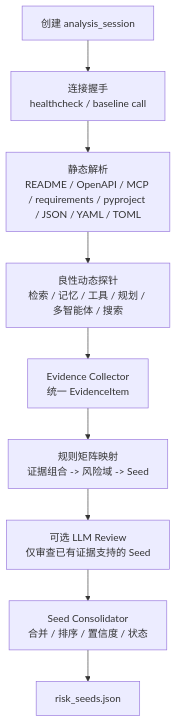
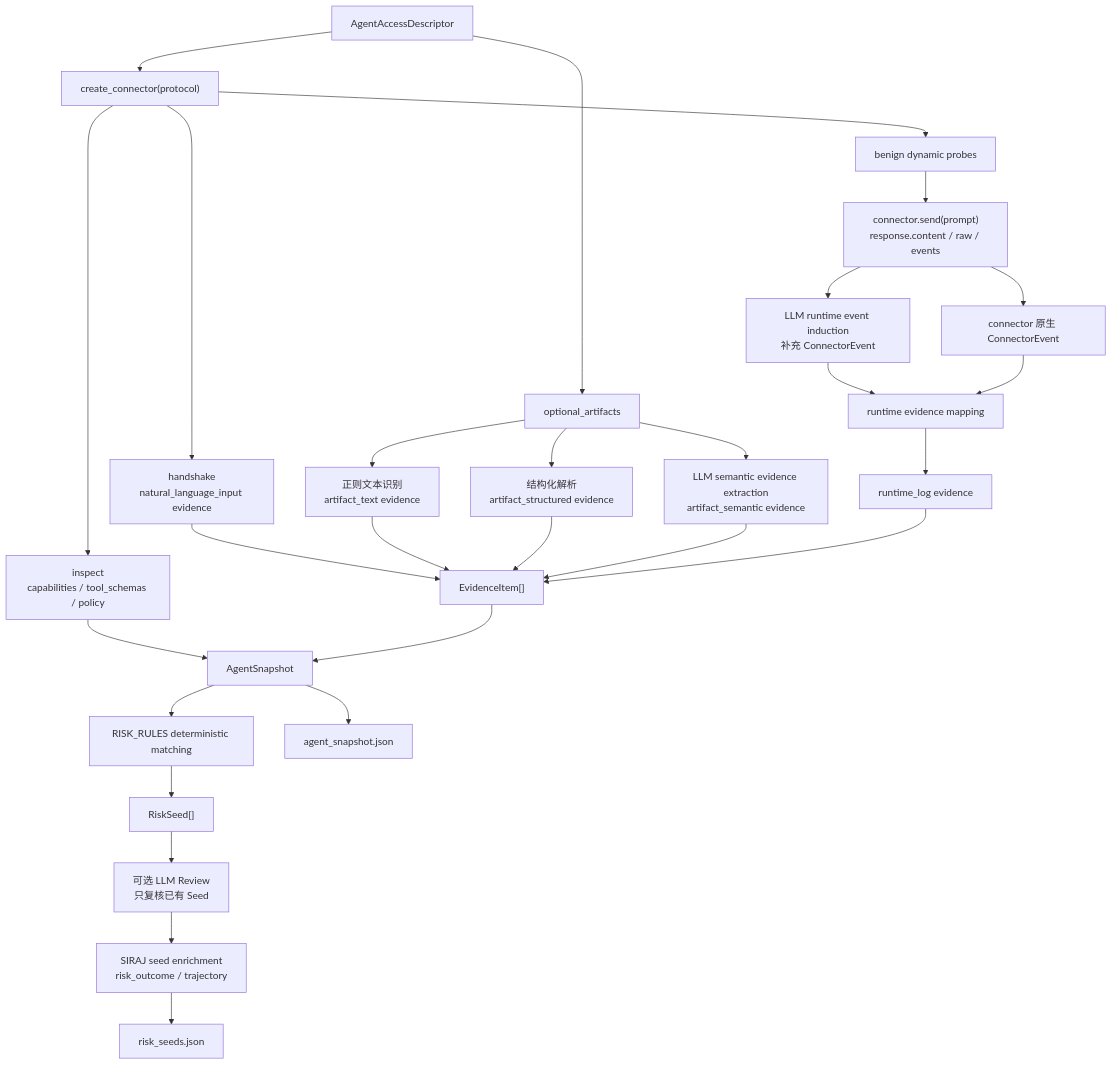
One commit to ThreeWater1037/AgentEVAL-Risk-Tools changed the second of 3 diagrams in README.md. Above: the diagram before and after it, drawn with Mermaid. The commit also changed other lines of this file and 19 other files, not shown here.

Commit message:
feat(siraj): default case flow and evidence prompts

````diff
--- a/README.md
+++ b/README.md
@@ -35,11 +36,30 @@
 ```mermaid
 flowchart TD
-    A["创建 analysis_session"] --> B["连接握手<br/>healthcheck / baseline call"]
-    B --> C["静态解析<br/>README / OpenAPI / MCP / requirements / pyproject / JSON / YAML / TOML"]
-    C --> D["良性动态探针<br/>检索 / 记忆 / 工具 / 规划 / 多智能体 / 搜索"]
-    D --> E["Evidence Collector<br/>统一 EvidenceItem"]
-    E --> F["规则矩阵映射<br/>证据组合 -> 风险域 -> Seed"]
-    F --> G["可选 LLM Review<br/>仅审查已有证据支持的 Seed"]
-    G --> H["Seed Consolidator<br/>合并 / 排序 / 置信度 / 状态"]
-    H --> I["risk_seeds.json"]
+    A["AgentAccessDescriptor"] --> B["create_connector(protocol)"]
+    B --> C["handshake<br/>natural_language_input evidence"]
+    B --> D["inspect<br/>capabilities / tool_schemas / policy"]
+    A --> E["optional_artifacts"]
+    E --> F["正则文本识别<br/>artifact_text evidence"]
+    E --> G["结构化解析<br/>artifact_structured evidence"]
+    E --> H["LLM semantic evidence extraction<br/>artifact_semantic evidence"]
+    B --> I["benign dynamic probes"]
+    I --> J["connector.send(prompt)<br/>response.content / raw / events"]
+    J --> K["LLM runtime event induction<br/>补充 ConnectorEvent"]
+    J --> L["connector 原生 ConnectorEvent"]
+    K --> M["runtime evidence mapping"]
+    L --> M
+    M --> N["runtime_log evidence"]
+    C --> O["EvidenceItem[]"]
+    F --> O
+    G --> O
+    H --> O
+    N --> O
+    D --> P["AgentSnapshot"]
+    O --> P
+    P --> Q["RISK_RULES deterministic matching"]
+    Q --> R["RiskSeed[]"]
+    R --> S["可选 LLM Review<br/>只复核已有 Seed"]
+    S --> T["SIRAJ seed enrichment<br/>risk_outcome / trajectory"]
+    T --> U["risk_seeds.json"]
+    P --> V["agent_snapshot.json"]
 ```
````
